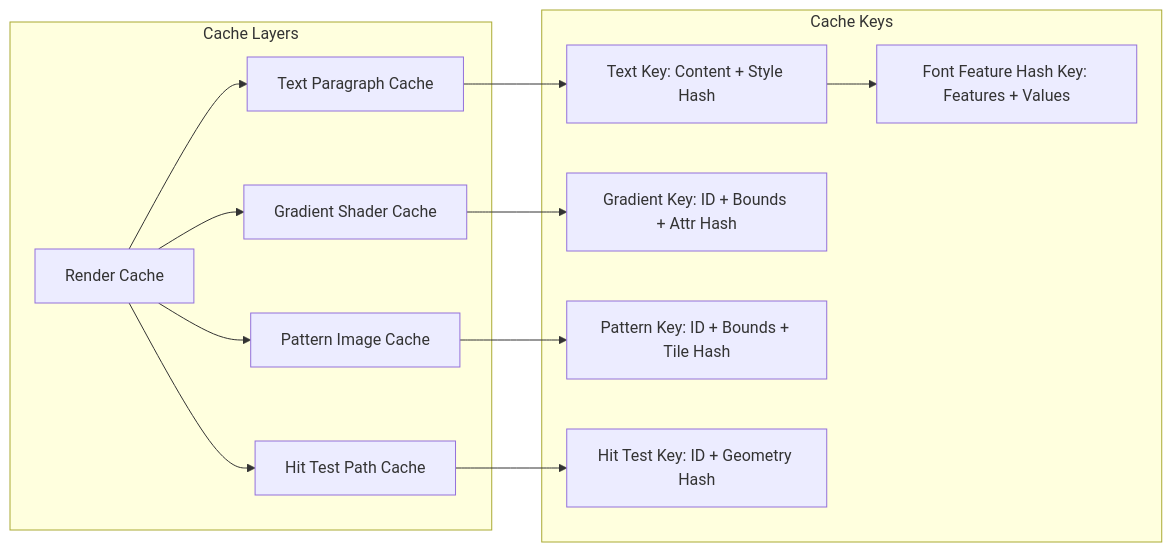
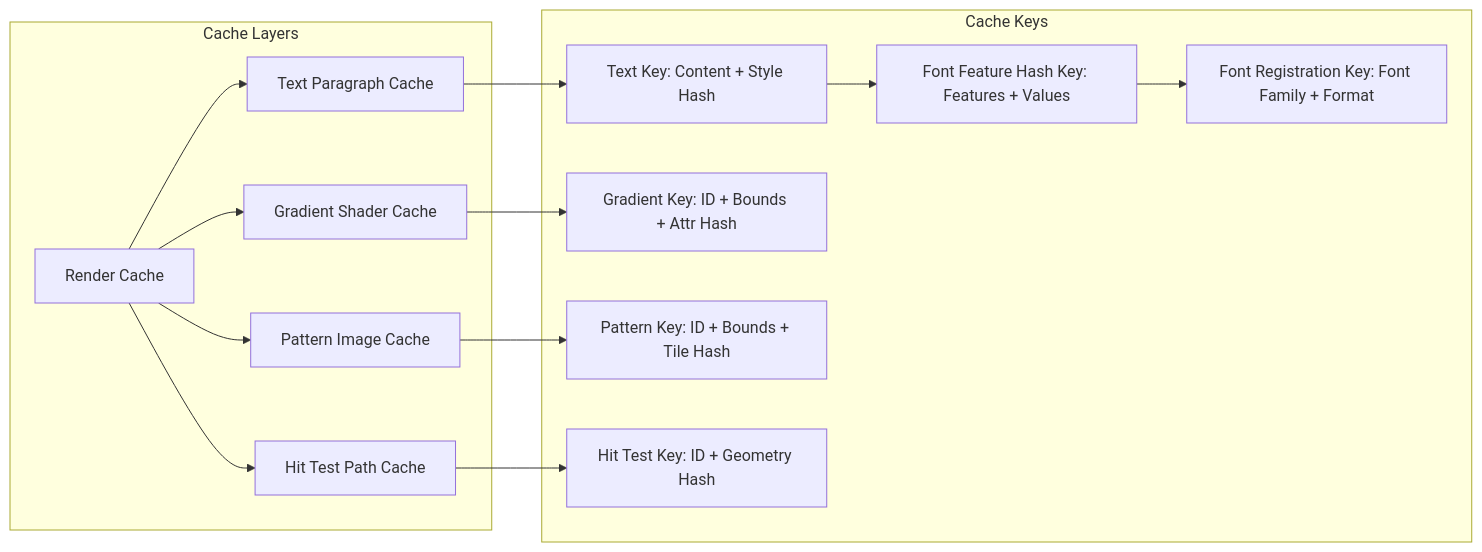
One commit to denisnadey/flutter_full_svg_support changed diagram 15 of 18 in .qoder/repowiki/en/content/Animated SVG Support/Advanced Animation Features/Enhanced Text Styling System/Enhanced Text Styling System.md. Above: the diagram before and after it, drawn with Mermaid. The commit also changed other lines of this file and 33 other files, not shown here.

````diff
--- a/.qoder/repowiki/en/content/Animated SVG Support/Advanced Animation Features/Enhanced Text Styling System/Enhanced Text Styling System.md
+++ b/.qoder/repowiki/en/content/Animated SVG Support/Advanced Animation Features/Enhanced Text Styling System/Enhanced Text Styling System.md
@@ -679,21 +893,23 @@
 ```mermaid
 graph LR
 subgraph "Cache Layers"
 A[Render Cache] --> B[Text Paragraph Cache]
 A --> C[Gradient Shader Cache]
 A --> D[Pattern Image Cache]
 A --> E[Hit Test Path Cache]
 end
 subgraph "Cache Keys"
 F[Text Key: Content + Style Hash]
 G[Gradient Key: ID + Bounds + Attr Hash]
 H[Pattern Key: ID + Bounds + Tile Hash]
 I[Hit Test Key: ID + Geometry Hash]
 J[Font Feature Hash Key: Features + Values]
+K[Font Registration Key: Font Family + Format]
 end
 B --> F
 C --> G
 D --> H
 E --> I
 F --> J
+J --> K
 ```
````
